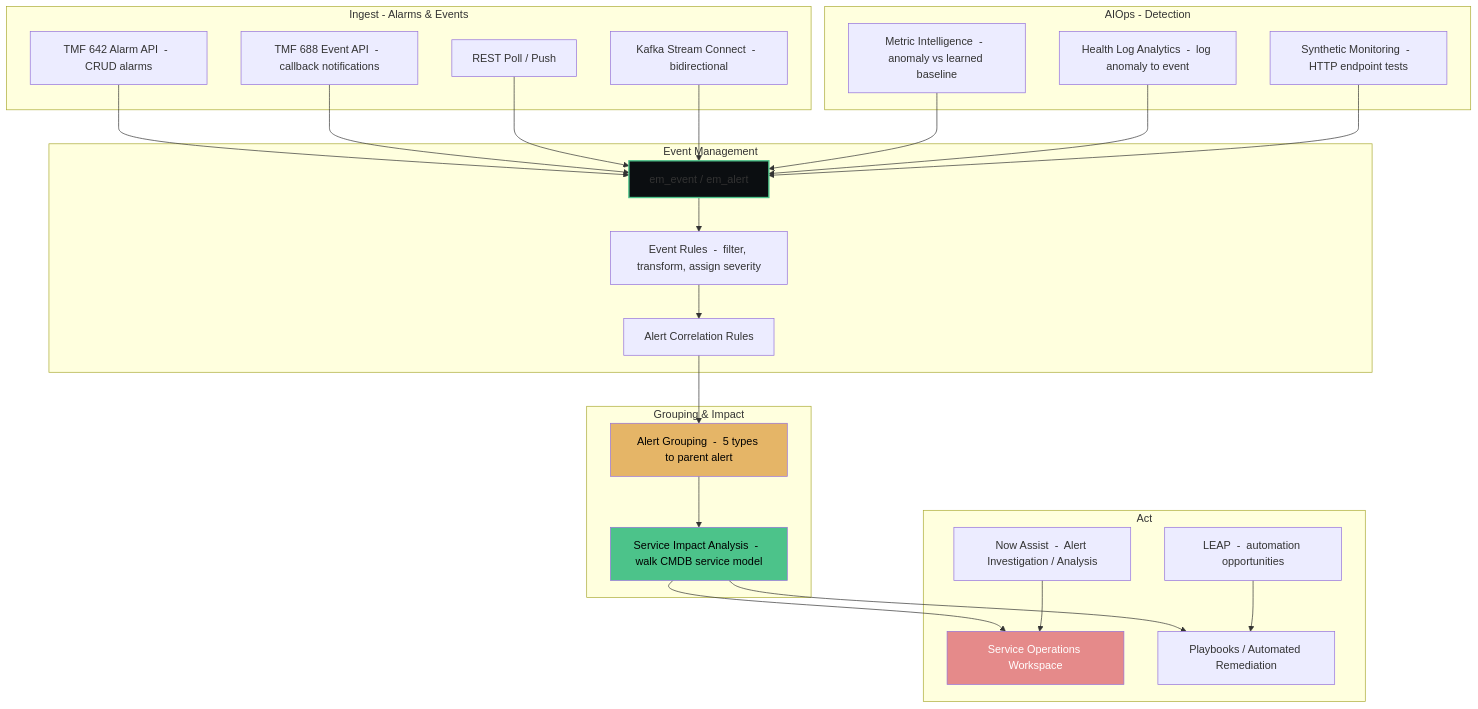
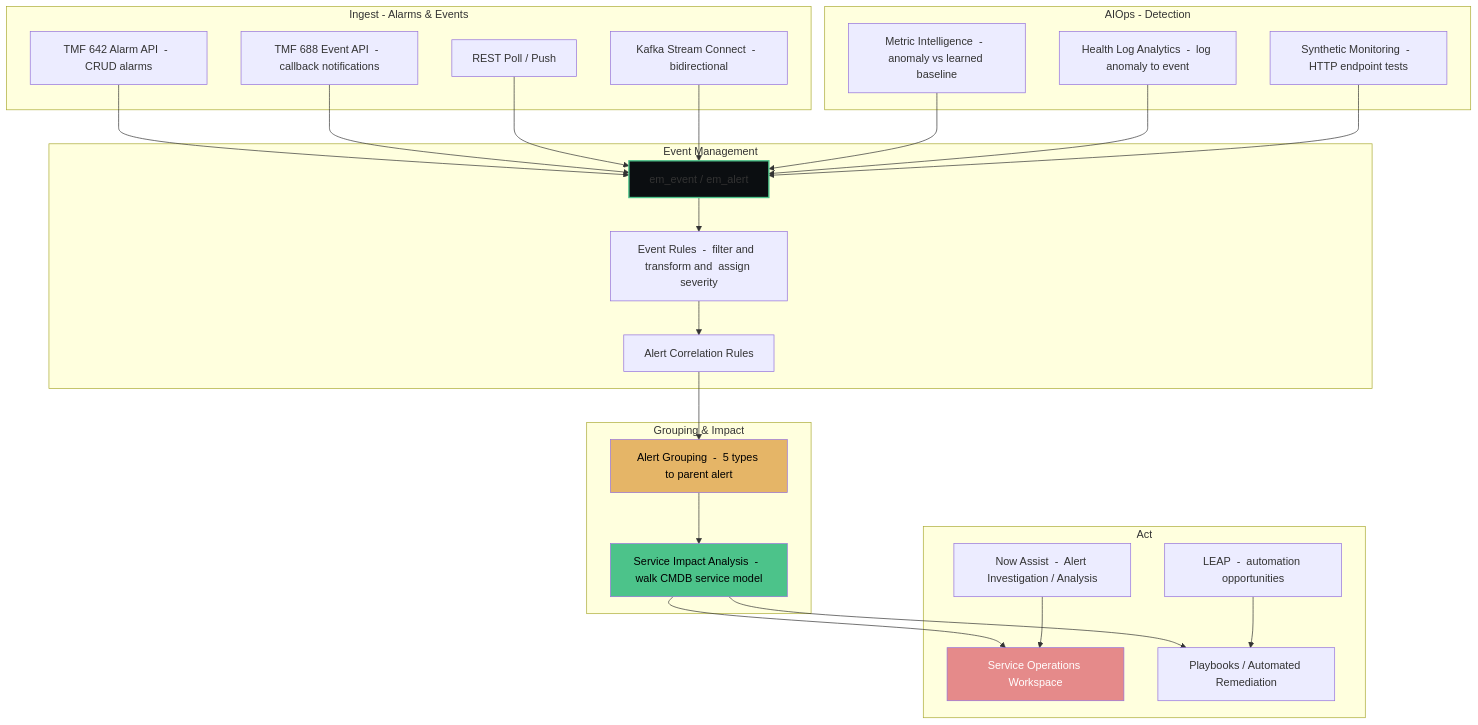
Before and after one commit to eltonaguiar/ServiceNow_Learning_TSOM-_CSM_FSM_SalesCRM_HAM_ITSM: the fourth of 6 diagrams in docs/modules/tsom/tsom-guide.md, drawn with Mermaid. The commit also changed other lines of this file and 19 other files, not shown here.

Commit message:
Fix all Mermaid diagram special characters - replace dollar, parens, slashes, quotes, pipes, nested brackets and other unsafe chars inside brackets with safe alternatives across 19 files

````diff
--- a/docs/modules/tsom/tsom-guide.md
+++ b/docs/modules/tsom/tsom-guide.md
@@ -1068,54 +1068,54 @@
 ```mermaid
 flowchart TD
     subgraph "Ingest  -  Alarms & Events"
         TMF642[TMF 642 Alarm API  -  CRUD alarms]
         TMF688[TMF 688 Event API  -  callback notifications]
         REST[REST Poll / Push]
         KAFKA[Kafka Stream Connect  -  bidirectional]
     end
 
     subgraph "Event Management"
         EM[em_event / em_alert]
-        ER[Event Rules  -  filter, transform, assign severity]
+        ER[Event Rules  -  filter and  transform and  assign severity]
         AC[Alert Correlation Rules]
     end
 
     subgraph "AIOps  -  Detection"
         MI[Metric Intelligence  -  anomaly vs learned baseline]
         HLA[Health Log Analytics  -  log anomaly to event]
         SM[Synthetic Monitoring  -  HTTP endpoint tests]
     end
 
     subgraph "Grouping & Impact"
         GRP[Alert Grouping  -  5 types to parent alert]
         SIA[Service Impact Analysis  -  walk CMDB service model]
     end
 
     subgraph "Act"
         SOW[Service Operations Workspace]
         PLAY[Playbooks / Automated Remediation]
         LEAP[LEAP  -  automation opportunities]
         NA[Now Assist  -  Alert Investigation / Analysis]
     end
 
     TMF642 --> EM
     TMF688 --> EM
     REST --> EM
     KAFKA --> EM
     EM --> ER
     ER --> AC
     MI --> EM
     HLA --> EM
     SM --> EM
     AC --> GRP
     GRP --> SIA
     SIA --> SOW
     SIA --> PLAY
     LEAP --> PLAY
     NA --> SOW
 
     style EM fill:#0b0e11,stroke:#4cc38a,stroke-width:2px
     style GRP fill:#e5b567,color:#000
     style SIA fill:#4cc38a,color:#000
     style SOW fill:#e58a8a,color:#fff
 ```
````
